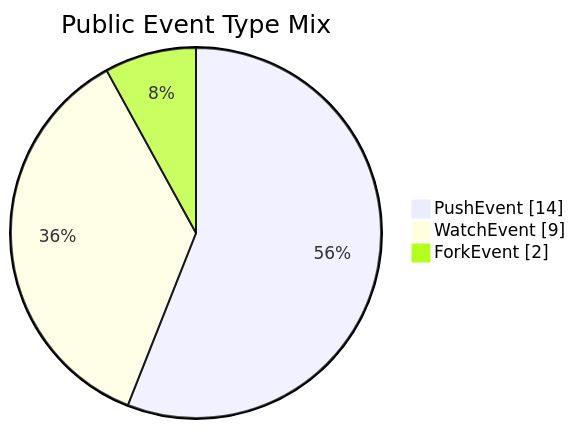
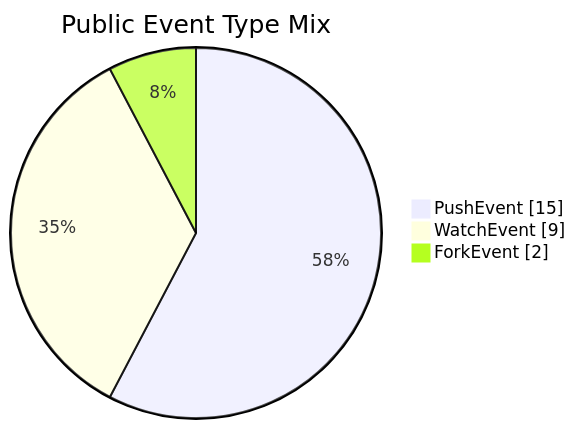
One commit to manhquydev/manhquydev changed the second of 2 diagrams in README.md. Above: the diagram before and after it, drawn with Mermaid. The commit also changed other lines of this file and 4 other files, not shown here.

````diff
--- a/README.md
+++ b/README.md
@@ -160,7 +160,7 @@
 ```mermaid
 pie showData
   title Public Event Type Mix
-  "PushEvent" : 14
+  "PushEvent" : 15
   "WatchEvent" : 9
   "ForkEvent" : 2
 ```
````
